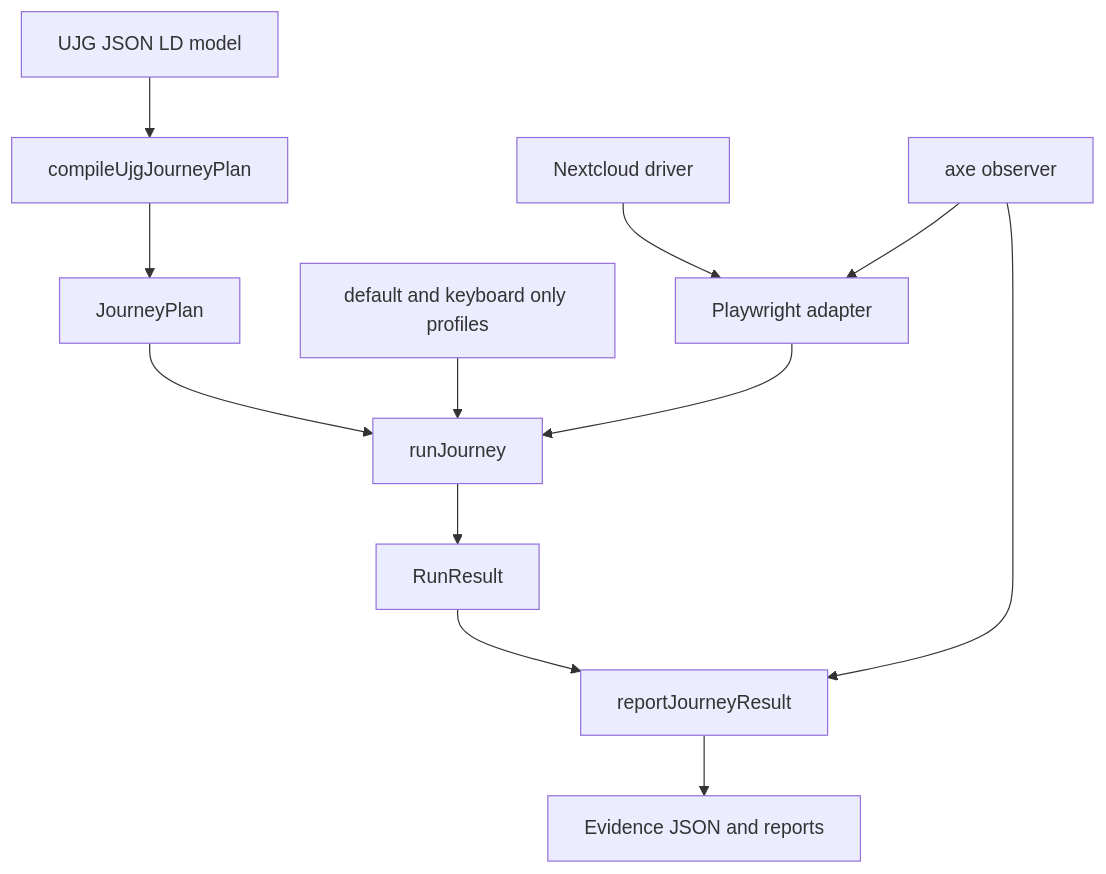
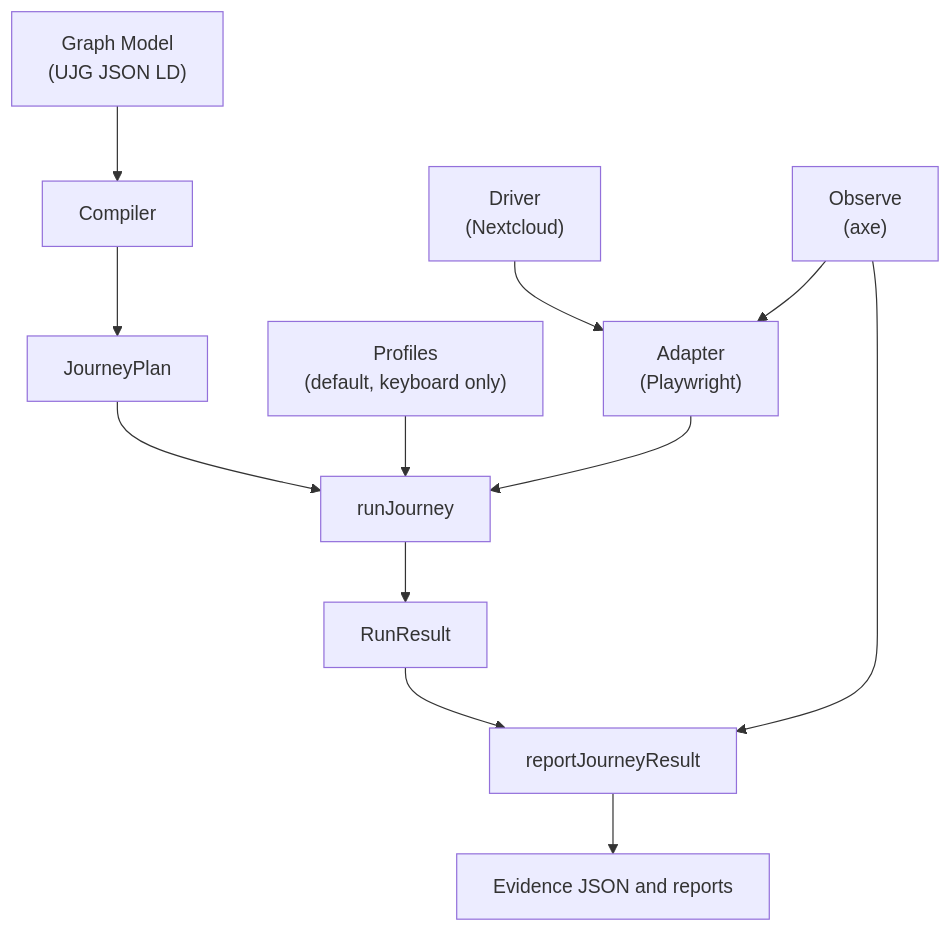
The diagram in README.md (openuji/journey-mesh), drawn with Mermaid before and after one commit.

````diff
--- a/README.md
+++ b/README.md
@@ -35,26 +35,26 @@
 ```mermaid
 graph TD
-  ujg[UJG JSON LD model]
-  binding[compileUjgJourneyPlan]
+  graphmodel["Graph Model <br/> (UJG JSON LD)"]
+  binding[Compiler]
   plan[JourneyPlan]
   runner[runJourney]
-  profiles[default and keyboard only profiles]
-  adapter[Playwright adapter]
-  driver[Nextcloud driver]
-  observer[axe observer]
+  profiles["Profiles <br /> (default, keyboard only)"]
+  adapter["Adapter <br/> (Playwright)"]
+  driver["Driver <br/> (Nextcloud)"]
+  observer["Observe <br /> (axe)"]
   result[RunResult]
   reporting[reportJourneyResult]
   reports[Evidence JSON and reports]
 
-  ujg --> binding
+  graphmodel --> binding
   binding --> plan
   plan --> runner
   profiles --> runner
   driver --> adapter
   observer --> adapter
   adapter --> runner
   runner --> result
   result --> reporting
   observer --> reporting
   reporting --> reports
 ```
````
